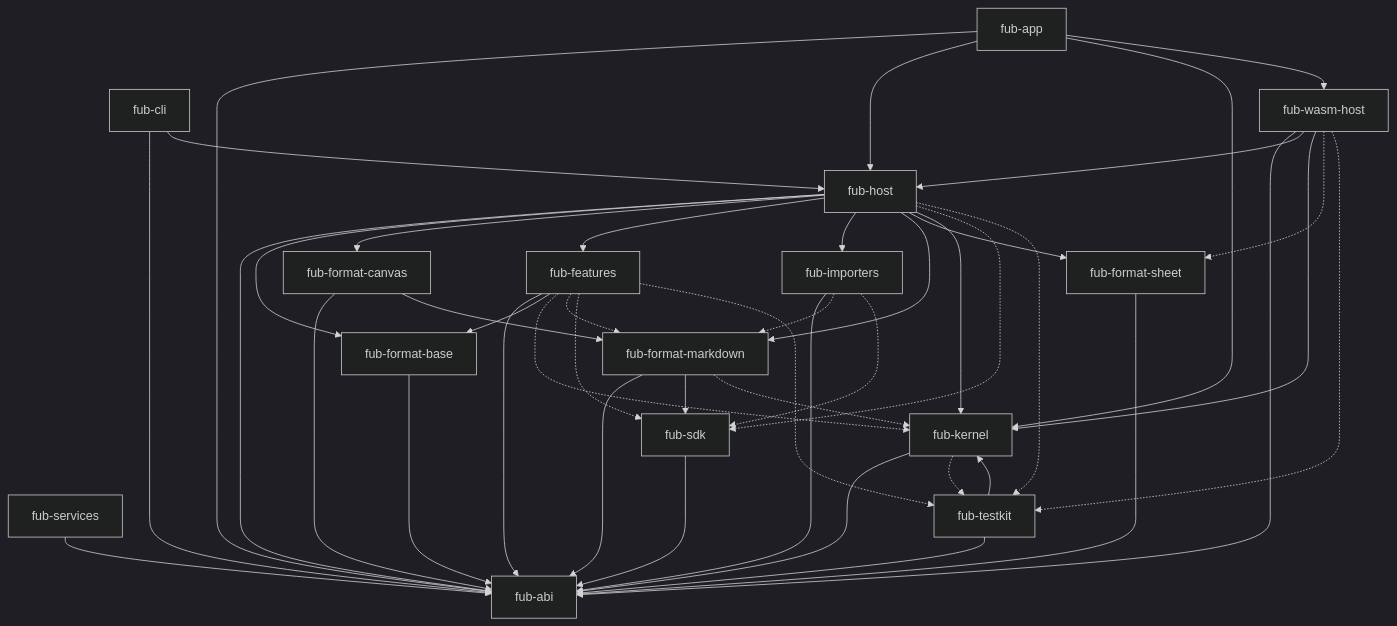
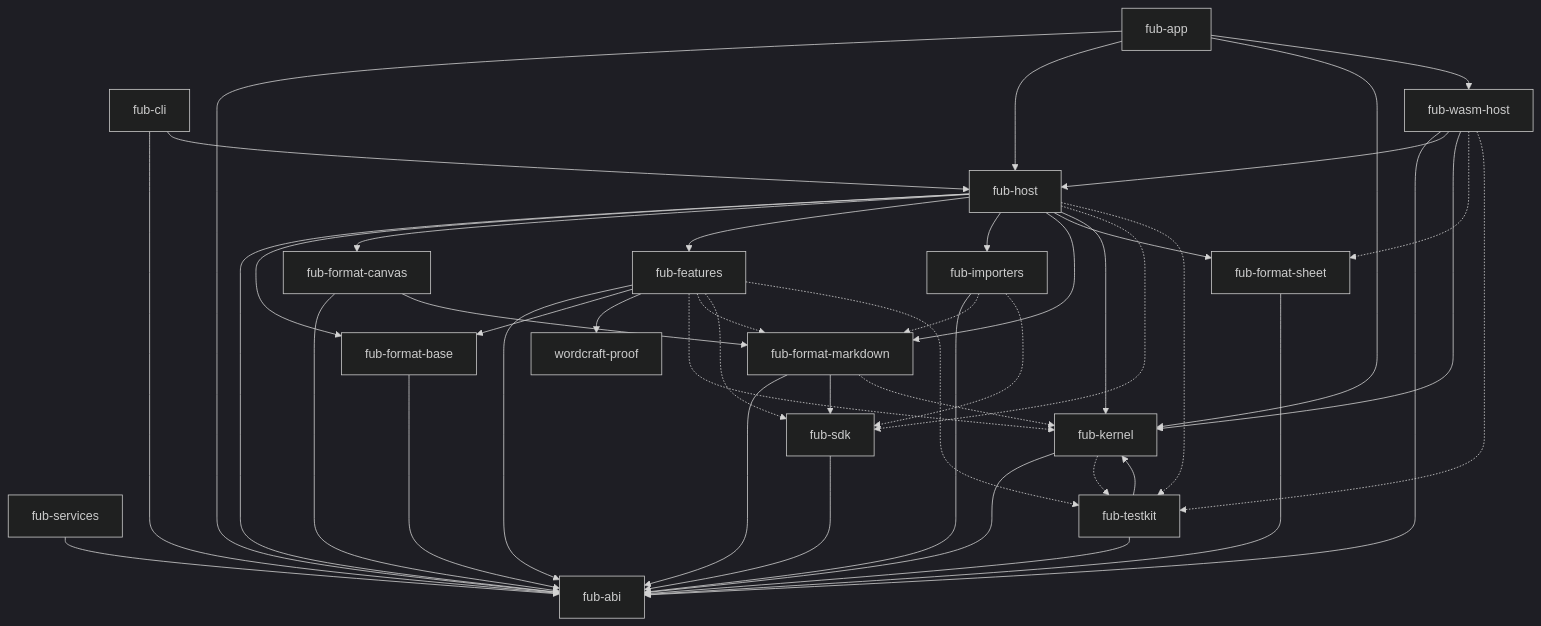
One commit to Fubeo/Fub changed the first of 2 diagrams in docs/architecture/overview.md. Above: the diagram before and after it, drawn with Mermaid (dark theme). The commit also changed 1 other file, not shown here.

Commit message:
fix(proof): una sola regola di identità per il dizionario e crate nel diagramma

````diff
--- a/docs/architecture/overview.md
+++ b/docs/architecture/overview.md
@@ -28,66 +28,68 @@
 ```mermaid
 flowchart TD
     %% @grafo-dipendenze
     %% Questo blocco è confrontato con cargo metadata da dependency_invariant.rs.
 
     app["fub-app"]
     host["fub-host"]
     features["fub-features"]
     markdown["fub-format-markdown"]
     sheet["fub-format-sheet"]
     base["fub-format-base"]
     canvas["fub-format-canvas"]
     importers["fub-importers"]
     cli["fub-cli"]
     services["fub-services"]
     wasmhost["fub-wasm-host"]
     sdk["fub-sdk"]
     testkit["fub-testkit"]
     kernel["fub-kernel"]
     abi["fub-abi"]
+    proof["wordcraft-proof"]
 
     app --> abi
     app --> host
     app --> kernel
     app --> wasmhost
     host --> abi
     host --> base
     host --> canvas
     host --> features
     host --> importers
     host --> markdown
     host --> sheet
     host --> kernel
     cli --> abi
     cli --> host
     services --> abi
     base --> abi
     canvas --> abi
     canvas --> markdown
     importers --> abi
     features --> abi
     features --> base
+    features --> proof
     markdown --> abi
     markdown --> sdk
     sheet --> abi
     wasmhost --> abi
     wasmhost --> host
     wasmhost --> kernel
     kernel --> abi
     sdk --> abi
     testkit --> abi
     testkit --> kernel
 
     features -.-> kernel
     features -.-> markdown
     features -.-> sdk
     features -.-> testkit
     markdown -.-> kernel
     kernel -.-> testkit
     host -.-> sdk
     host -.-> testkit
     wasmhost -.-> sheet
     wasmhost -.-> testkit
     importers -.-> markdown
     importers -.-> sdk
 ```
````
